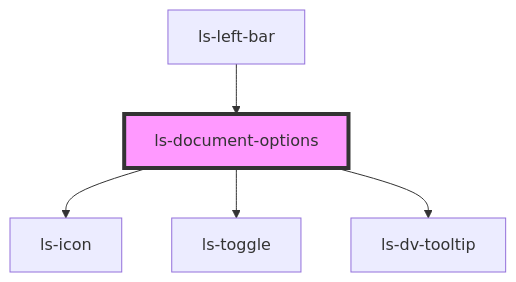
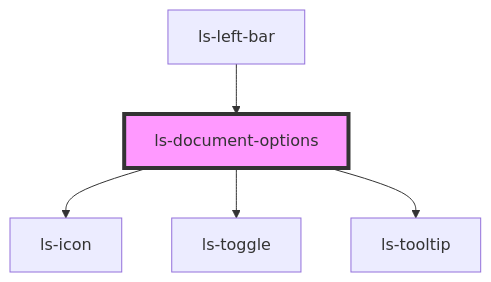
The diagram in src/components/ls-document-options/readme.md (legalesign/ls-document-viewer), drawn with Mermaid before and after one commit. The commit also changed other lines of this file and 52 other files, not shown here.

````diff
--- a/src/components/ls-document-options/readme.md
+++ b/src/components/ls-document-options/readme.md
@@ -36,8 +36,8 @@
 ```mermaid
 graph TD;
   ls-document-options --> ls-icon
   ls-document-options --> ls-toggle
-  ls-document-options --> ls-dv-tooltip
+  ls-document-options --> ls-tooltip
   ls-left-bar --> ls-document-options
   style ls-document-options fill:#f9f,stroke:#333,stroke-width:4px
 ```
````
